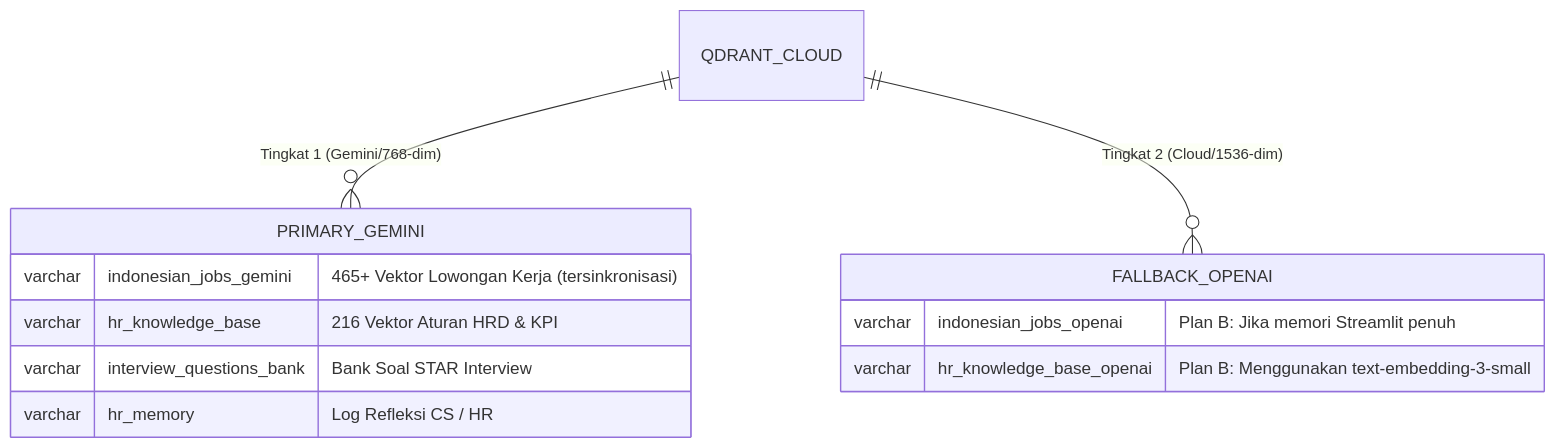
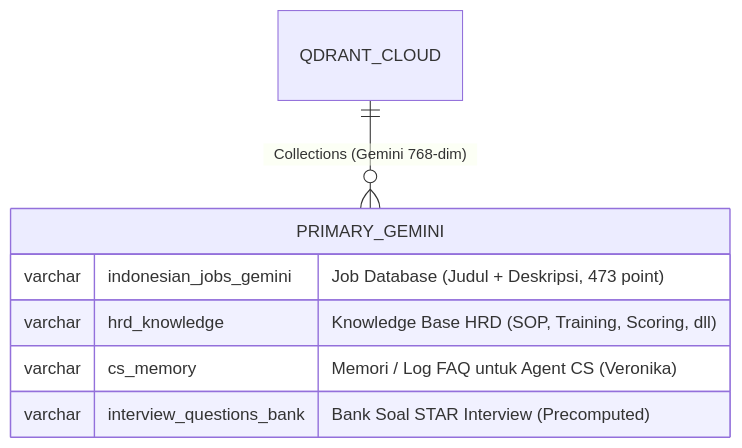
One commit to indri007/sweet-align-hub changed the second of 2 diagrams in ERD_JobMatch_AI.md. Above: the diagram before and after it, drawn with Mermaid. The commit also changed other lines of this file, not shown here.

Commit message:
docs: update ERD according to PRD V3 Final schema

````diff
--- a/ERD_JobMatch_AI.md
+++ b/ERD_JobMatch_AI.md
@@ -73,17 +93,11 @@
 ```mermaid
 erDiagram
-    QDRANT_CLOUD ||--o{ PRIMARY_GEMINI : "Tingkat 1 (Gemini/768-dim)"
-    QDRANT_CLOUD ||--o{ FALLBACK_OPENAI : "Tingkat 2 (Cloud/1536-dim)"
+    QDRANT_CLOUD ||--o{ PRIMARY_GEMINI : "Collections (Gemini 768-dim)"
 
     PRIMARY_GEMINI {
-        varchar indonesian_jobs_gemini "465+ Vektor Lowongan Kerja (tersinkronisasi)"
-        varchar hr_knowledge_base "216 Vektor Aturan HRD & KPI"
-        varchar interview_questions_bank "Bank Soal STAR Interview"
-        varchar hr_memory "Log Refleksi CS / HR"
-    }
-
-    FALLBACK_OPENAI {
-        varchar indonesian_jobs_openai "Plan B: Jika memori Streamlit penuh"
-        varchar hr_knowledge_base_openai "Plan B: Menggunakan text-embedding-3-small"
+        varchar indonesian_jobs_gemini "Job Database (Judul + Deskripsi, 473 point)"
+        varchar hrd_knowledge "Knowledge Base HRD (SOP, Training, Scoring, dll)"
+        varchar cs_memory "Memori / Log FAQ untuk Agent CS (Veronika)"
+        varchar interview_questions_bank "Bank Soal STAR Interview (Precomputed)"
     }
 ```
````
